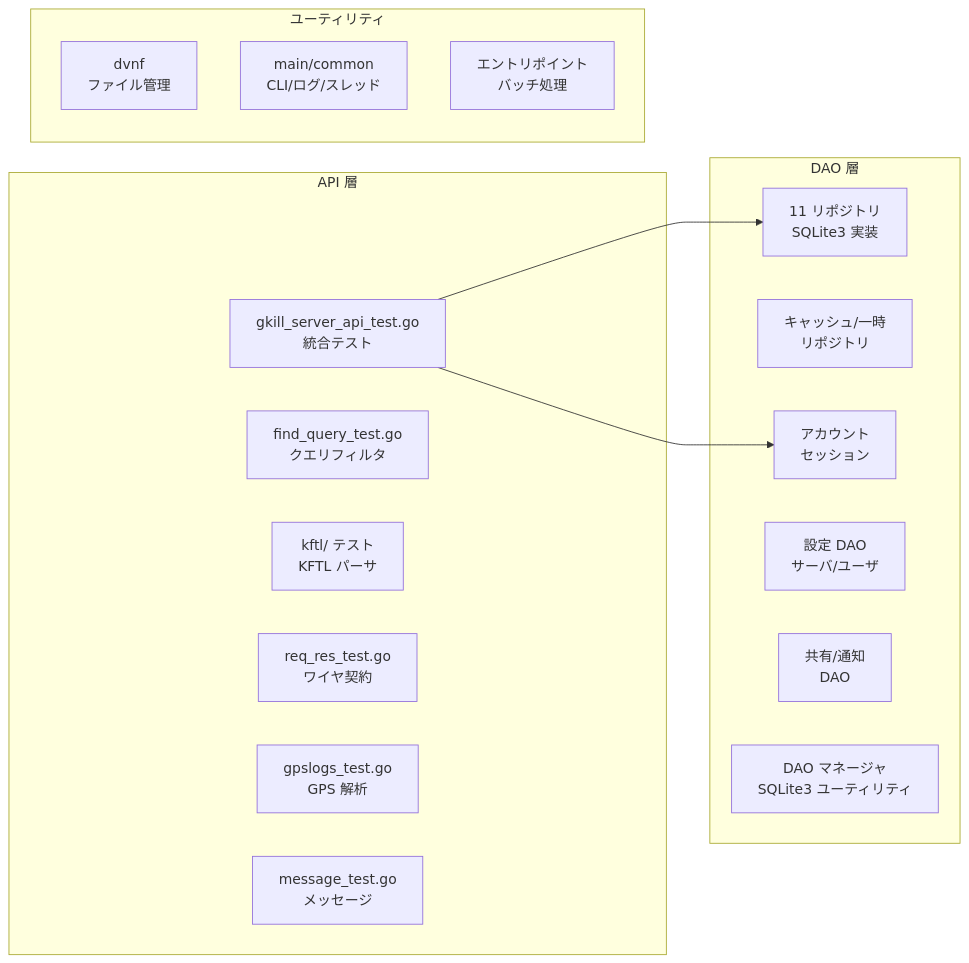
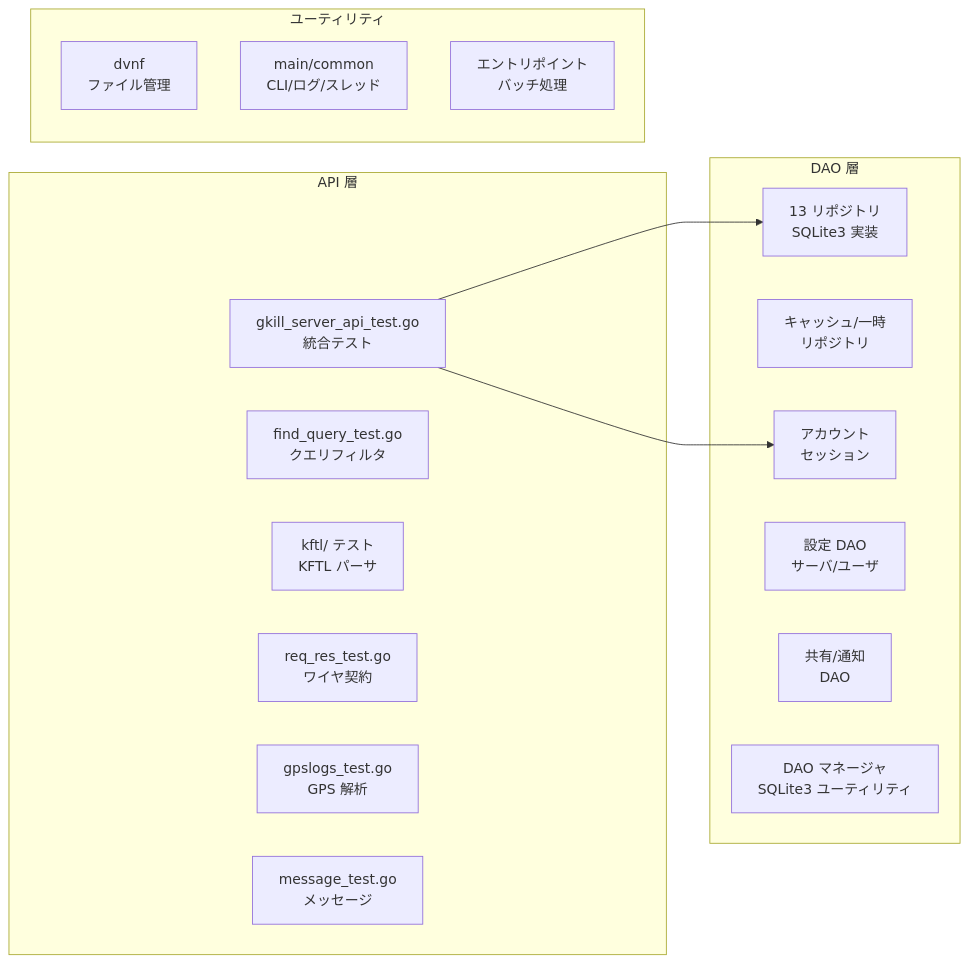
The first of 2 diagrams in documents/reverse/testing-guide.md (mt3hr/gkill), drawn with Mermaid before and after one commit. The commit also changed other lines of this file and 46 other files, not shown here.

````diff
--- a/documents/reverse/testing-guide.md
+++ b/documents/reverse/testing-guide.md
@@ -476,29 +491,29 @@
 ```mermaid
 graph LR
     subgraph "API 層"
         A1[gkill_server_api_test.go<br/>統合テスト]
         A2[find_query_test.go<br/>クエリフィルタ]
         A3[kftl/ テスト<br/>KFTL パーサ]
         A4[req_res_test.go<br/>ワイヤ契約]
         A5[gpslogs_test.go<br/>GPS 解析]
         A6[message_test.go<br/>メッセージ]
     end
 
     subgraph "DAO 層"
-        D1[11 リポジトリ<br/>SQLite3 実装]
+        D1[13 リポジトリ<br/>SQLite3 実装]
         D2[キャッシュ/一時<br/>リポジトリ]
         D3[アカウント<br/>セッション]
         D4[設定 DAO<br/>サーバ/ユーザ]
         D5[共有/通知<br/>DAO]
         D6[DAO マネージャ<br/>SQLite3 ユーティリティ]
     end
 
     subgraph "ユーティリティ"
         U1[dvnf<br/>ファイル管理]
         U2[main/common<br/>CLI/ログ/スレッド]
         U3[エントリポイント<br/>バッチ処理]
     end
 
     A1 --> D1
     A1 --> D3
 ```
````
